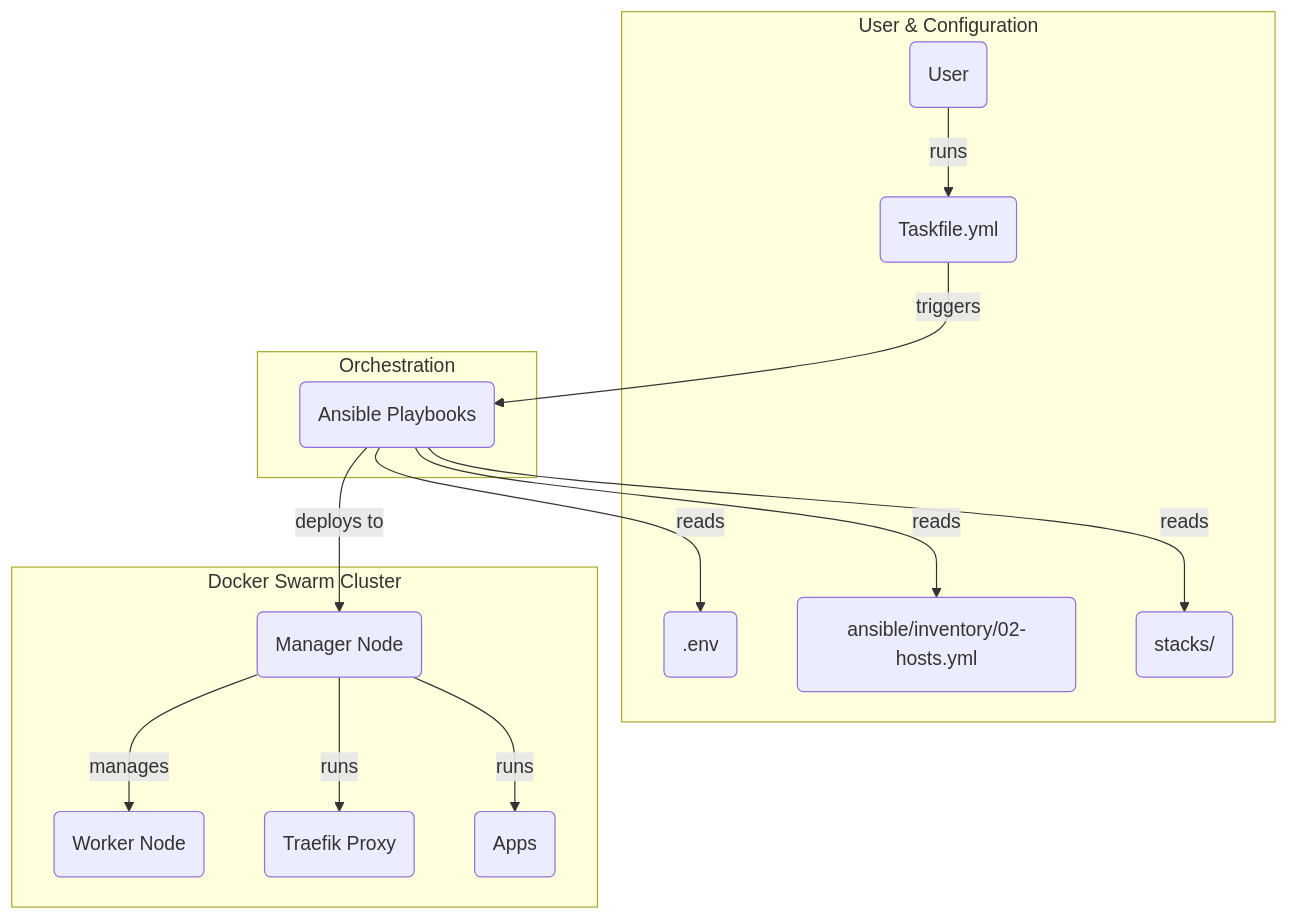
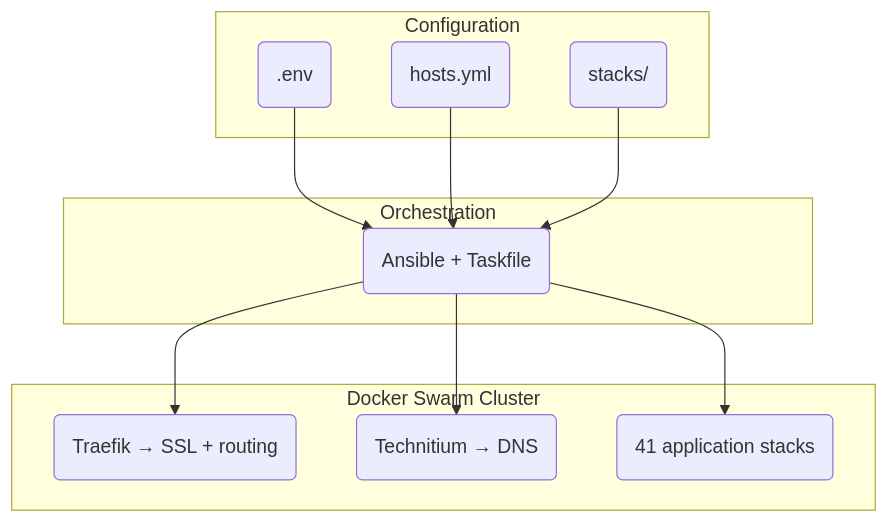
One commit to chutch3/homelab changed the diagram in docs/index.md. Above: the diagram before and after it, drawn with Mermaid. The commit also changed other lines of this file and 57 other files, not shown here.

````diff
--- a/docs/index.md
+++ b/docs/index.md
@@ -89,31 +27,25 @@
 ```mermaid
 graph TB
-    subgraph "User & Configuration"
-        USER("User")
-        TASK("Taskfile.yml")
-        DOT_ENV(".env")
-        INVENTORY("ansible/inventory/02-hosts.yml")
-        STACKS_DIR("stacks/")
+    subgraph "Configuration"
+        ENV(".env")
+        HOSTS("hosts.yml")
+        STACKS("stacks/")
     end
 
     subgraph "Orchestration"
-        ANSIBLE("Ansible Playbooks")
+        ANSIBLE("Ansible + Taskfile")
     end
 
     subgraph "Docker Swarm Cluster"
-        MANAGER("Manager Node")
-        WORKER("Worker Node")
-        TRAEFIK("Traefik Proxy")
-        APPS("Apps")
+        TRAEFIK("Traefik → SSL + routing")
+        DNS("Technitium → DNS")
+        APPS("41 application stacks")
     end
 
-    USER -- "runs" --> TASK
-    TASK -- "triggers" --> ANSIBLE
-    ANSIBLE -- "reads" --> DOT_ENV
-    ANSIBLE -- "reads" --> INVENTORY
-    ANSIBLE -- "reads" --> STACKS_DIR
-    ANSIBLE -- "deploys to" --> MANAGER
-    MANAGER -- "manages" --> WORKER
-    MANAGER -- "runs" --> TRAEFIK
-    MANAGER -- "runs" --> APPS
+    ENV --> ANSIBLE
+    HOSTS --> ANSIBLE
+    STACKS --> ANSIBLE
+    ANSIBLE --> TRAEFIK
+    ANSIBLE --> DNS
+    ANSIBLE --> APPS
 ```
````
